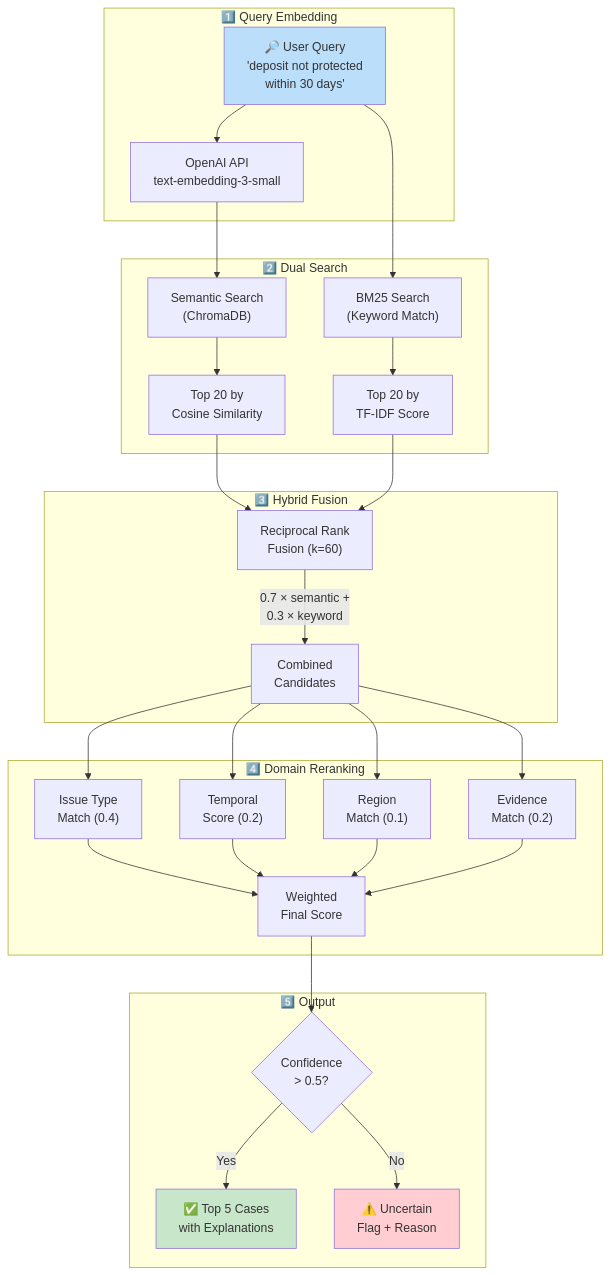
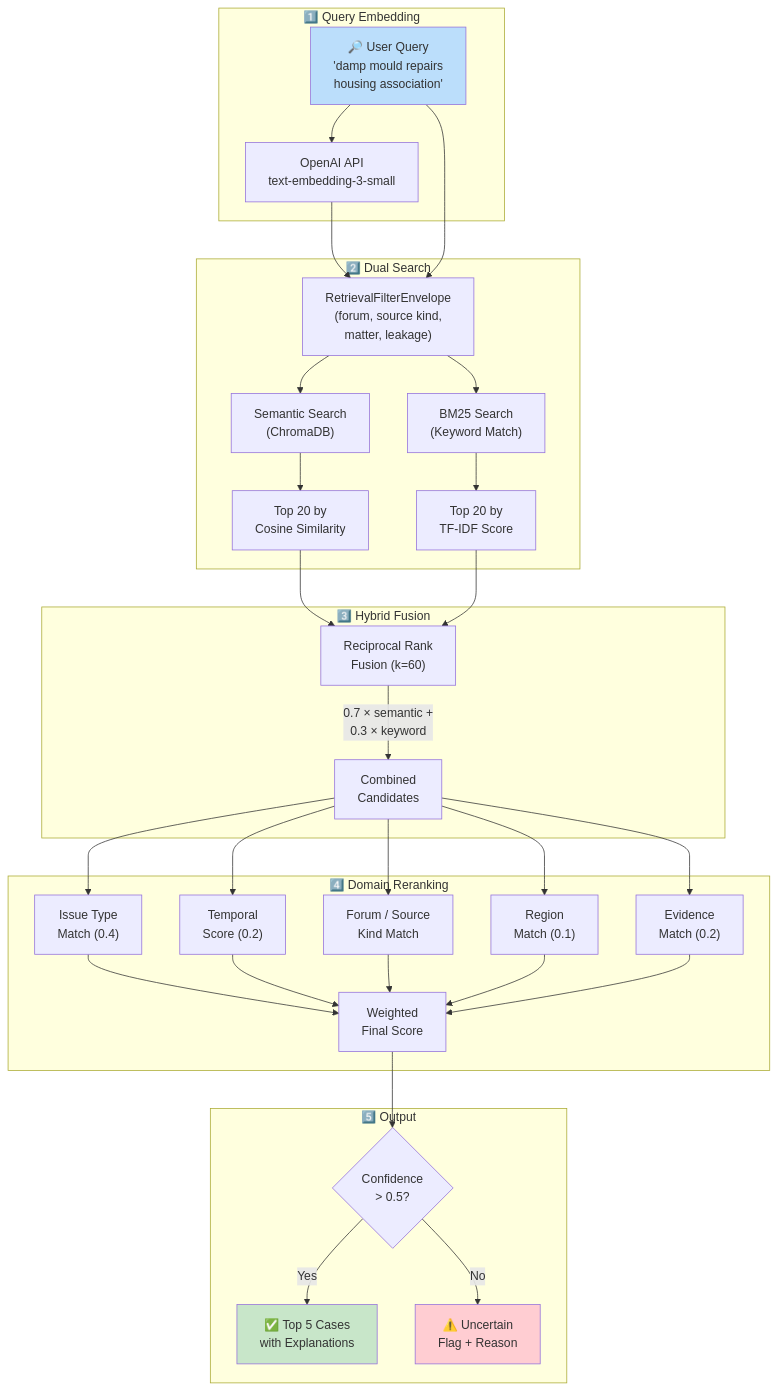
One commit to MSH4R1F/proposer changed the third of 4 diagrams in packages/rag_engine/README.md. Above: the diagram before and after it, drawn with Mermaid. The commit also changed other lines of this file and 9 other files, not shown here.

````diff
--- a/packages/rag_engine/README.md
+++ b/packages/rag_engine/README.md
@@ -92,45 +102,50 @@
 ```mermaid
 flowchart TB
-    Query["🔎 User Query<br/>'deposit not protected<br/>within 30 days'"]
+    Query["🔎 User Query<br/>'damp mould repairs<br/>housing association'"]
 
     subgraph Embed["1️⃣ Query Embedding"]
         Query --> QueryEmbed["OpenAI API<br/>text-embedding-3-small"]
     end
 
     subgraph Search["2️⃣ Dual Search"]
-        QueryEmbed --> SemanticSearch["Semantic Search<br/>(ChromaDB)"]
-        Query --> BM25Search["BM25 Search<br/>(Keyword Match)"]
+        Filters["RetrievalFilterEnvelope<br/>(forum, source kind,<br/>matter, leakage)"]
+        QueryEmbed --> Filters
+        Query --> Filters
+        Filters --> SemanticSearch["Semantic Search<br/>(ChromaDB)"]
+        Filters --> BM25Search["BM25 Search<br/>(Keyword Match)"]
 
         SemanticSearch --> SemResults["Top 20 by<br/>Cosine Similarity"]
         BM25Search --> BM25Results["Top 20 by<br/>TF-IDF Score"]
     end
 
     subgraph Fuse["3️⃣ Hybrid Fusion"]
         SemResults --> RRF["Reciprocal Rank<br/>Fusion (k=60)"]
         BM25Results --> RRF
         RRF --> |"0.7 × semantic +<br/>0.3 × keyword"| Combined["Combined<br/>Candidates"]
     end
 
     subgraph Rerank["4️⃣ Domain Reranking"]
         Combined --> IssueMatch["Issue Type<br/>Match (0.4)"]
         Combined --> Temporal["Temporal<br/>Score (0.2)"]
+        Combined --> Forum["Forum / Source<br/>Kind Match"]
         Combined --> Region["Region<br/>Match (0.1)"]
         Combined --> Evidence["Evidence<br/>Match (0.2)"]
 
         IssueMatch --> FinalScore
         Temporal --> FinalScore
+        Forum --> FinalScore
         Region --> FinalScore
         Evidence --> FinalScore
         FinalScore["Weighted<br/>Final Score"]
     end
 
     subgraph Output["5️⃣ Output"]
         FinalScore --> ConfCheck{"Confidence<br/>> 0.5?"}
         ConfCheck -->|Yes| Results["✅ Top 5 Cases<br/>with Explanations"]
         ConfCheck -->|No| Uncertain["⚠️ Uncertain<br/>Flag + Reason"]
     end
 
     style Query fill:#bbdefb
     style Results fill:#c8e6c9
     style Uncertain fill:#ffcdd2
 ```
````
